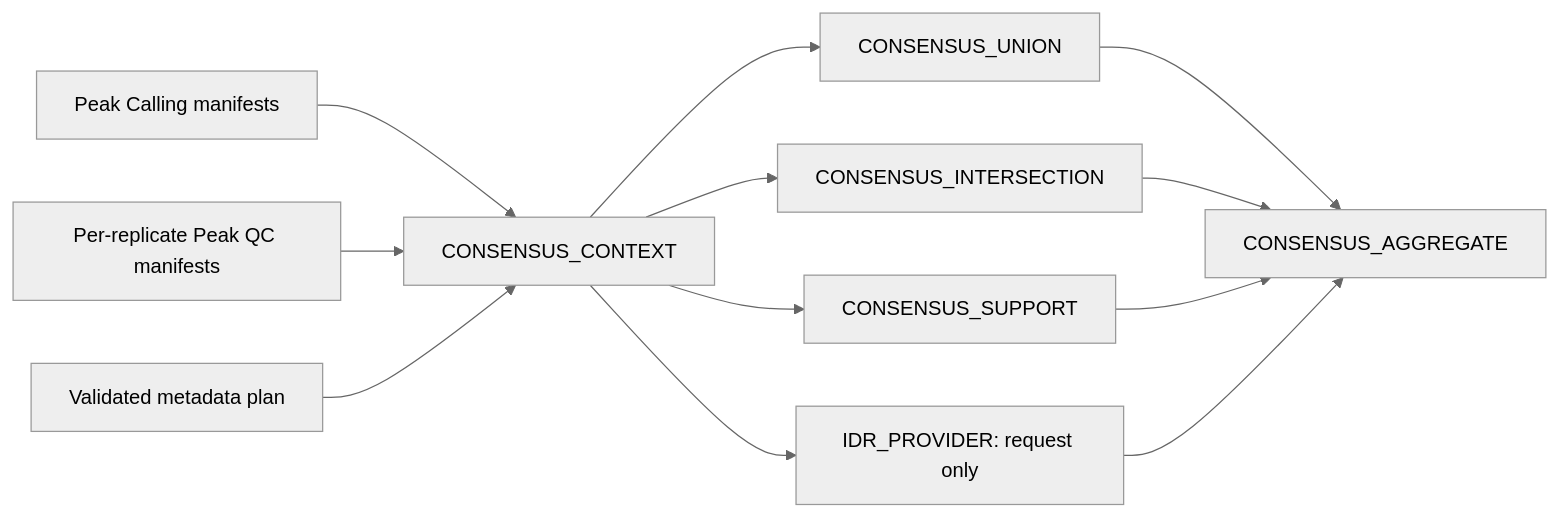
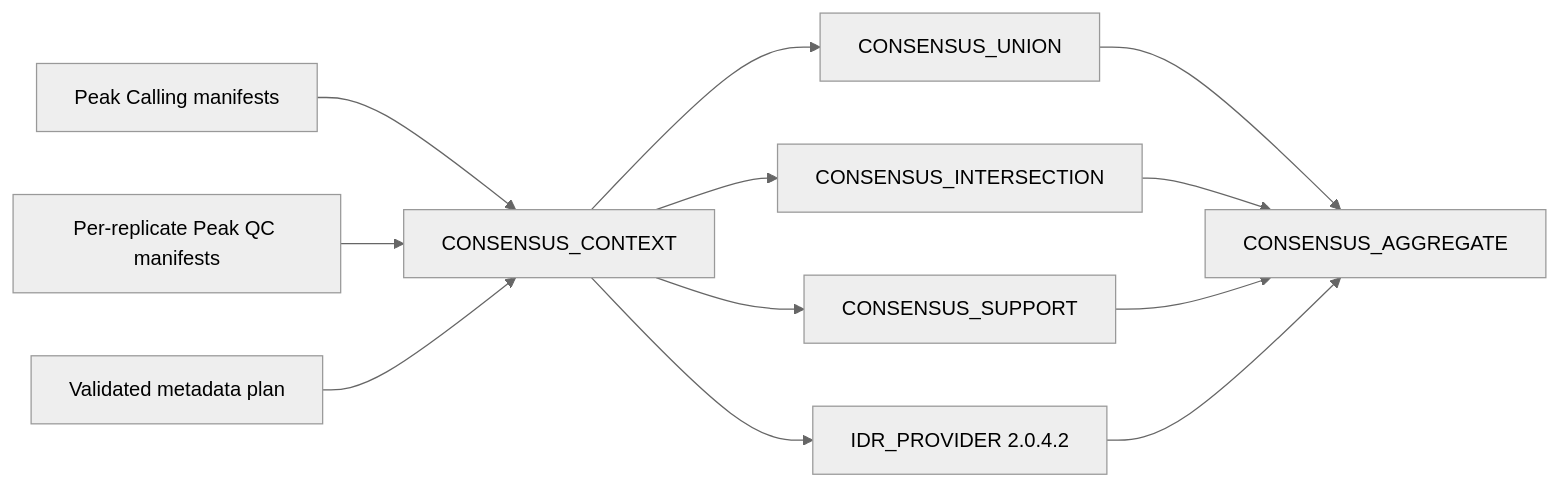
Before and after one commit to GMiguelAlves/HelixForge: the diagram in docs/native-chipseq-consensus-idr.md, drawn with Mermaid (neutral theme). The commit also changed other lines of this file and 16 other files, not shown here.

````diff
--- a/docs/native-chipseq-consensus-idr.md
+++ b/docs/native-chipseq-consensus-idr.md
@@ -7,14 +7,14 @@
 ```mermaid
 flowchart LR
     P["Peak Calling manifests"] --> C["CONSENSUS_CONTEXT"]
     Q["Per-replicate Peak QC manifests"] --> C
     M["Validated metadata plan"] --> C
     C --> U["CONSENSUS_UNION"]
     C --> I["CONSENSUS_INTERSECTION"]
     C --> S["CONSENSUS_SUPPORT"]
-    C --> R["IDR_PROVIDER: request only"]
+    C --> R["IDR_PROVIDER 2.0.4.2"]
     U --> A["CONSENSUS_AGGREGATE"]
     I --> A
     S --> A
     R --> A
 ```
````
